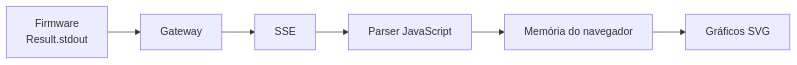
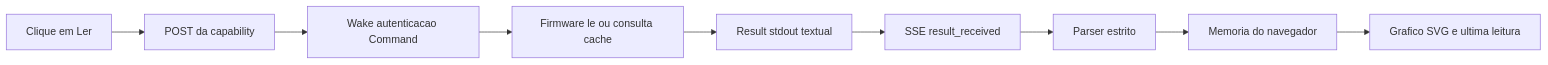
One commit to EliasCaua0/tunneus-gateway changed the first of 2 diagrams in docs/10-telemetria.md. Above: the diagram before and after it, drawn with Mermaid. The commit also changed other lines of this file and 5 other files, not shown here.

````diff
--- a/docs/10-telemetria.md
+++ b/docs/10-telemetria.md
@@ -7,8 +18,11 @@
 ```mermaid
 flowchart LR
-    F["Firmware<br/>Result.stdout"] --> G["Gateway"]
-    G --> S["SSE"]
-    S --> P["Parser JavaScript"]
-    P --> M["Memória do navegador"]
-    M --> V["Gráficos SVG"]
+ U[Clique em Ler] --> P[POST da capability]
+ P --> O[Wake autenticacao Command]
+ O --> F[Firmware le ou consulta cache]
+ F --> R[Result stdout textual]
+ R --> S[SSE result_received]
+ S --> V[Parser estrito]
+ V --> M[Memoria do navegador]
+ M --> G[Grafico SVG e ultima leitura]
 ```
````
